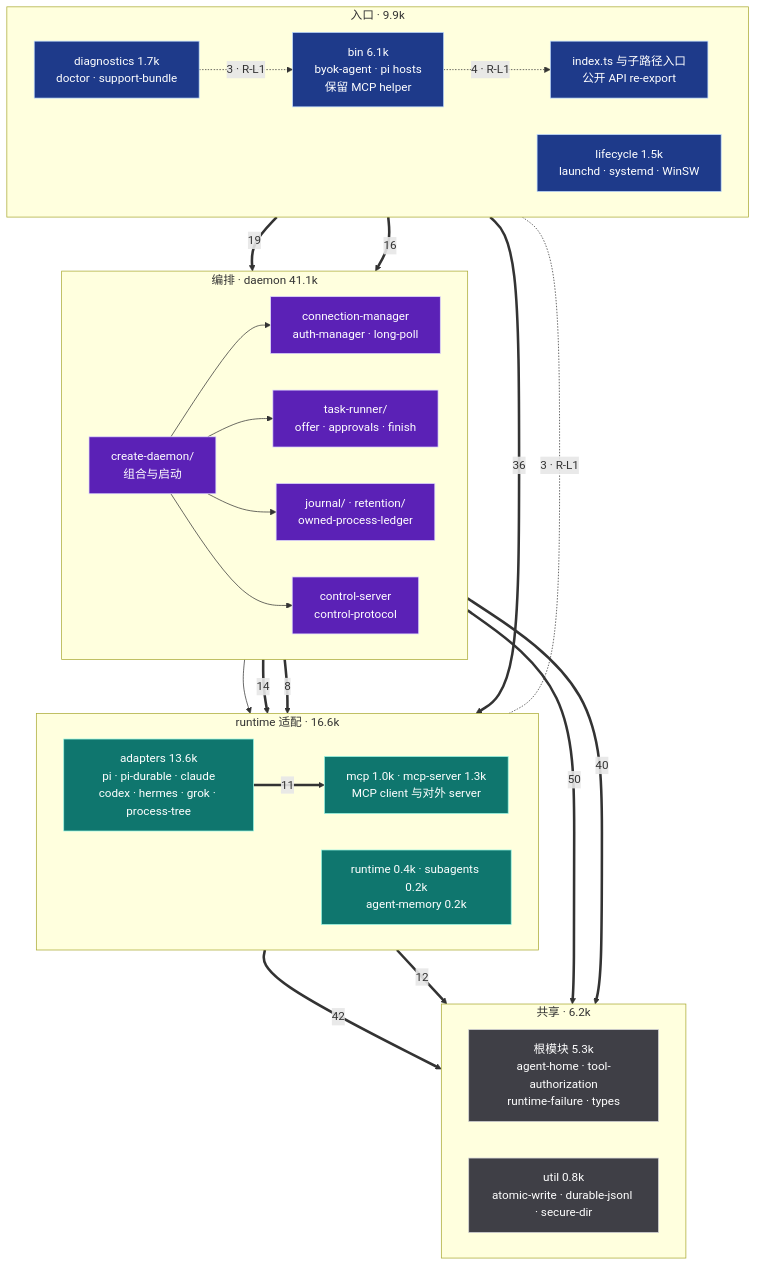
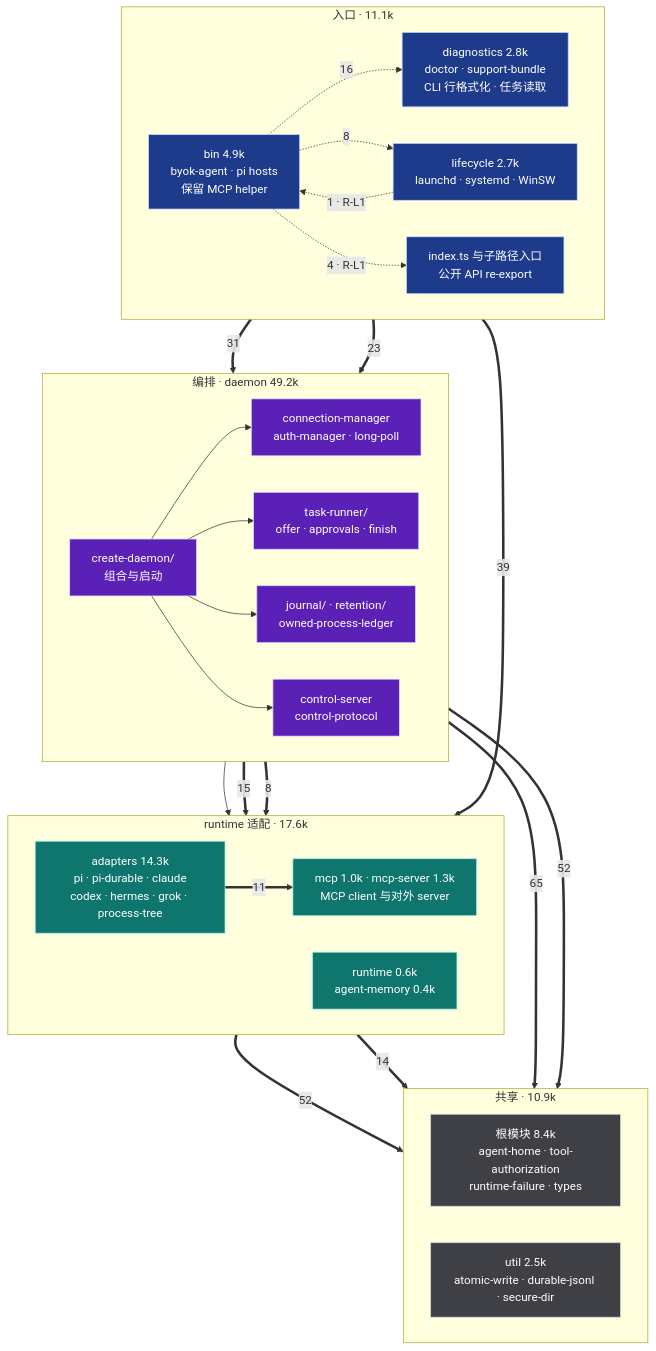
Before and after one commit to Ancienttwo/byok-sdk: the second of 7 diagrams in docs/architecture/layered-architecture.md, drawn with Mermaid. The commit also changed other lines of this file and 66 other files, not shown here.

````diff
--- a/docs/architecture/layered-architecture.md
+++ b/docs/architecture/layered-architecture.md
@@ -140,56 +140,57 @@
 ```mermaid
 flowchart TB
   classDef entry fill:#1e3a8a,stroke:#bfdbfe,color:#fff
   classDef orch fill:#5b21b6,stroke:#ddd6fe,color:#fff
   classDef adapt fill:#0f766e,stroke:#99f6e4,color:#fff
   classDef util fill:#3f3f46,stroke:#d4d4d8,color:#fff
 
-  subgraph E["入口 · 9.9k"]
+  subgraph E["入口 · 11.1k"]
     direction LR
-    Bin["bin 6.1k<br/>byok-agent · pi hosts<br/>保留 MCP helper"]:::entry
+    Bin["bin 4.9k<br/>byok-agent · pi hosts<br/>保留 MCP helper"]:::entry
     Idx["index.ts 与子路径入口<br/>公开 API re-export"]:::entry
-    Life["lifecycle 1.5k<br/>launchd · systemd · WinSW"]:::entry
-    Diag["diagnostics 1.7k<br/>doctor · support-bundle"]:::entry
+    Life["lifecycle 2.7k<br/>launchd · systemd · WinSW"]:::entry
+    Diag["diagnostics 2.8k<br/>doctor · support-bundle<br/>CLI 行格式化 · 任务读取"]:::entry
   end
 
-  subgraph O["编排 · daemon 41.1k"]
+  subgraph O["编排 · daemon 49.2k"]
     direction LR
     CD["create-daemon/<br/>组合与启动"]:::orch
     Conn["connection-manager<br/>auth-manager · long-poll"]:::orch
     TR["task-runner/<br/>offer · approvals · finish"]:::orch
     Jr["journal/ · retention/<br/>owned-process-ledger"]:::orch
     Ctl["control-server<br/>control-protocol"]:::orch
   end
 
-  subgraph A["runtime 适配 · 16.6k"]
+  subgraph A["runtime 适配 · 17.6k"]
     direction LR
-    Ad["adapters 13.6k<br/>pi · pi-durable · claude<br/>codex · hermes · grok · process-tree"]:::adapt
+    Ad["adapters 14.3k<br/>pi · pi-durable · claude<br/>codex · hermes · grok · process-tree"]:::adapt
     Mcp["mcp 1.0k · mcp-server 1.3k<br/>MCP client 与对外 server"]:::adapt
-    Sub["runtime 0.4k · subagents 0.2k<br/>agent-memory 0.2k"]:::adapt
+    Sub["runtime 0.6k<br/>agent-memory 0.4k"]:::adapt
   end
 
-  subgraph S["共享 · 6.2k"]
+  subgraph S["共享 · 10.9k"]
     direction LR
-    Root["根模块 5.3k<br/>agent-home · tool-authorization<br/>runtime-failure · types"]:::util
-    Util["util 0.8k<br/>atomic-write · durable-jsonl · secure-dir"]:::util
+    Root["根模块 8.4k<br/>agent-home · tool-authorization<br/>runtime-failure · types"]:::util
+    Util["util 2.5k<br/>atomic-write · durable-jsonl · secure-dir"]:::util
   end
 
-  Bin ==>|"19"| O
-  Bin ==>|"36"| Ad
-  Diag ==>|"16"| O
+  Bin ==>|"31"| O
+  Bin ==>|"39"| Ad
+  Diag ==>|"23"| O
   CD --> Conn
   CD --> TR
   CD --> Jr
   CD --> Ctl
   TR --> Ad
-  O ==>|"14"| Ad
+  O ==>|"15"| Ad
   O ==>|"8"| Mcp
   Ad ==>|"11"| Mcp
-  O ==>|"50"| Root
-  Ad ==>|"42"| Root
-  O ==>|"40"| Util
-  Ad ==>|"12"| Util
-  Bin <-.-|"3 · R-L1"| Sub
-  Diag -.->|"3 · R-L1"| Bin
+  O ==>|"65"| Root
+  Ad ==>|"52"| Root
+  O ==>|"52"| Util
+  Ad ==>|"14"| Util
+  Bin -.->|"16"| Diag
+  Bin -.->|"8"| Life
+  Life -.->|"1 · R-L1"| Bin
   Bin -.->|"4 · R-L1"| Idx
 ```
````
